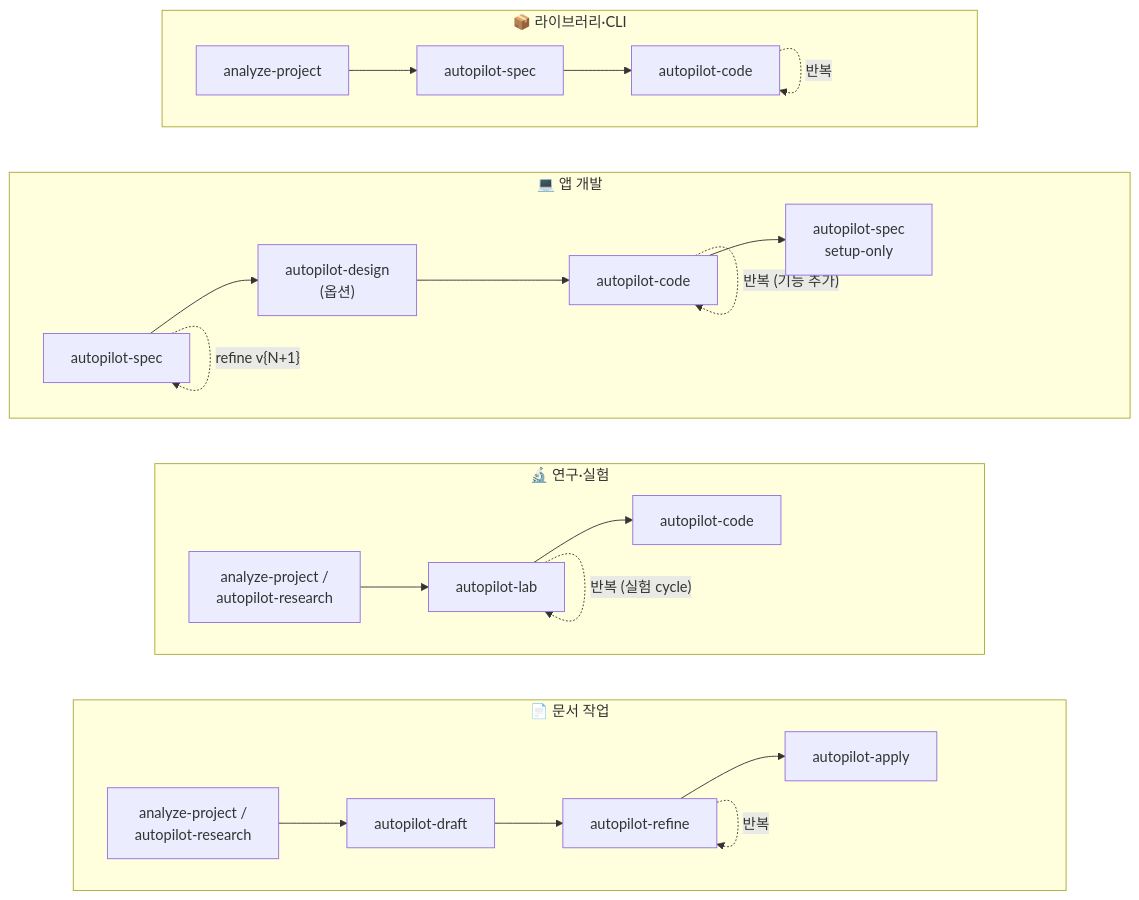
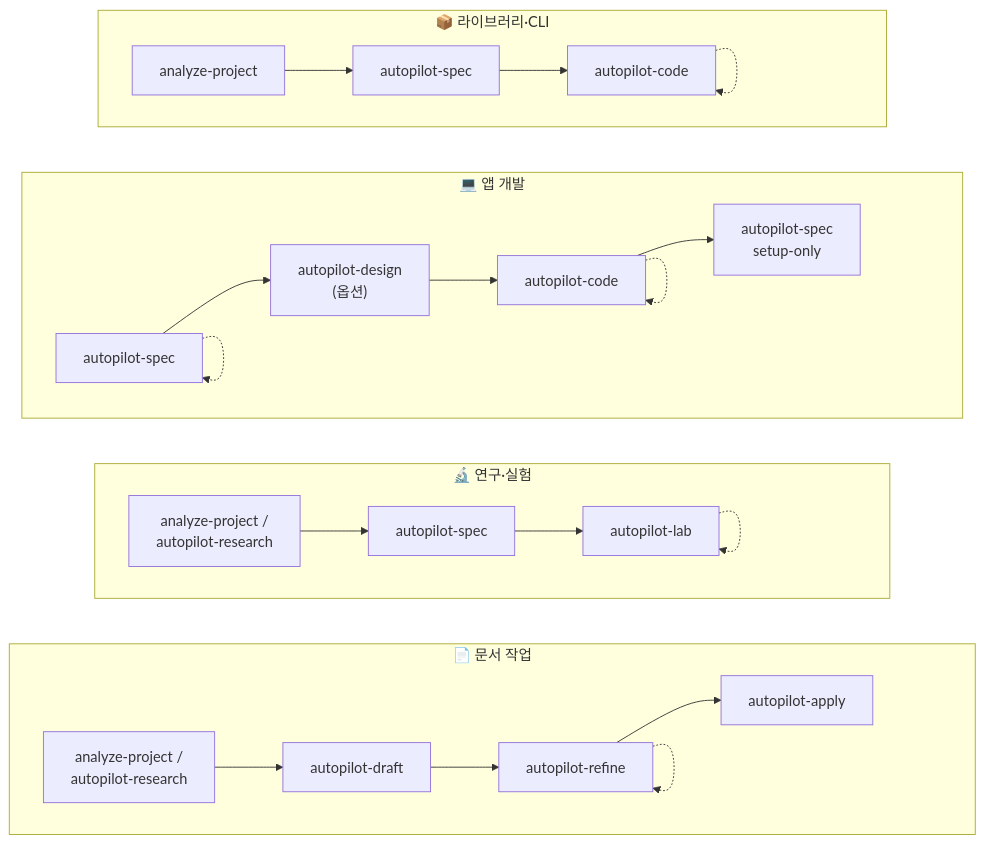
One commit to dmlguq456/claude_setting changed the first of 3 diagrams in README.md. Above: the diagram before and after it, drawn with Mermaid. The commit also changed other lines of this file and 1 other file, not shown here.

First line of the commit message:
fix(readme): mermaid self-loop label 제거 — 시각 깔끔

````diff
--- a/README.md
+++ b/README.md
@@ -32,24 +32,24 @@
 ```mermaid
 flowchart LR
     subgraph DOC["📄 문서 작업"]
         direction LR
         d1["analyze-project /<br/>autopilot-research"] --> d2[autopilot-draft] --> d3[autopilot-refine] --> d4[autopilot-apply]
-        d3 -. "반복" .-> d3
+        d3 -.-> d3
     end
     subgraph EXP["🔬 연구·실험"]
         direction LR
-        e1["analyze-project /<br/>autopilot-research"] --> e2[autopilot-lab] --> e3[autopilot-code]
-        e2 -. "반복 (실험 cycle)" .-> e2
+        e1["analyze-project /<br/>autopilot-research"] --> e2[autopilot-spec] --> e3[autopilot-lab]
+        e3 -.-> e3
     end
     subgraph APPDEV["💻 앱 개발"]
         direction LR
         a1[autopilot-spec] --> a2["autopilot-design<br/>(옵션)"] --> a3[autopilot-code] --> a4["autopilot-spec<br/>setup-only"]
-        a1 -. "refine v{N+1}" .-> a1
-        a3 -. "반복 (기능 추가)" .-> a3
+        a1 -.-> a1
+        a3 -.-> a3
     end
     subgraph LIB["📦 라이브러리·CLI"]
         direction LR
         l1[analyze-project] --> l2[autopilot-spec] --> l3[autopilot-code]
-        l3 -. "반복" .-> l3
+        l3 -.-> l3
     end
 ```
````
